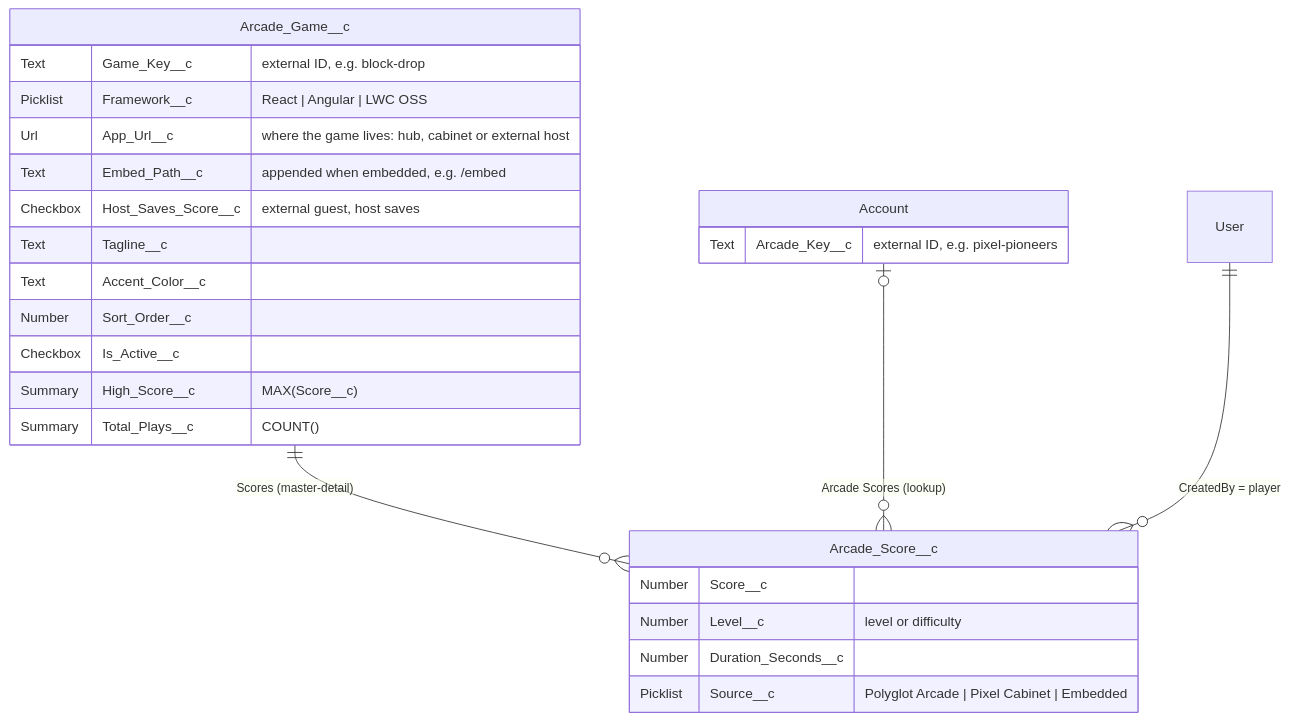
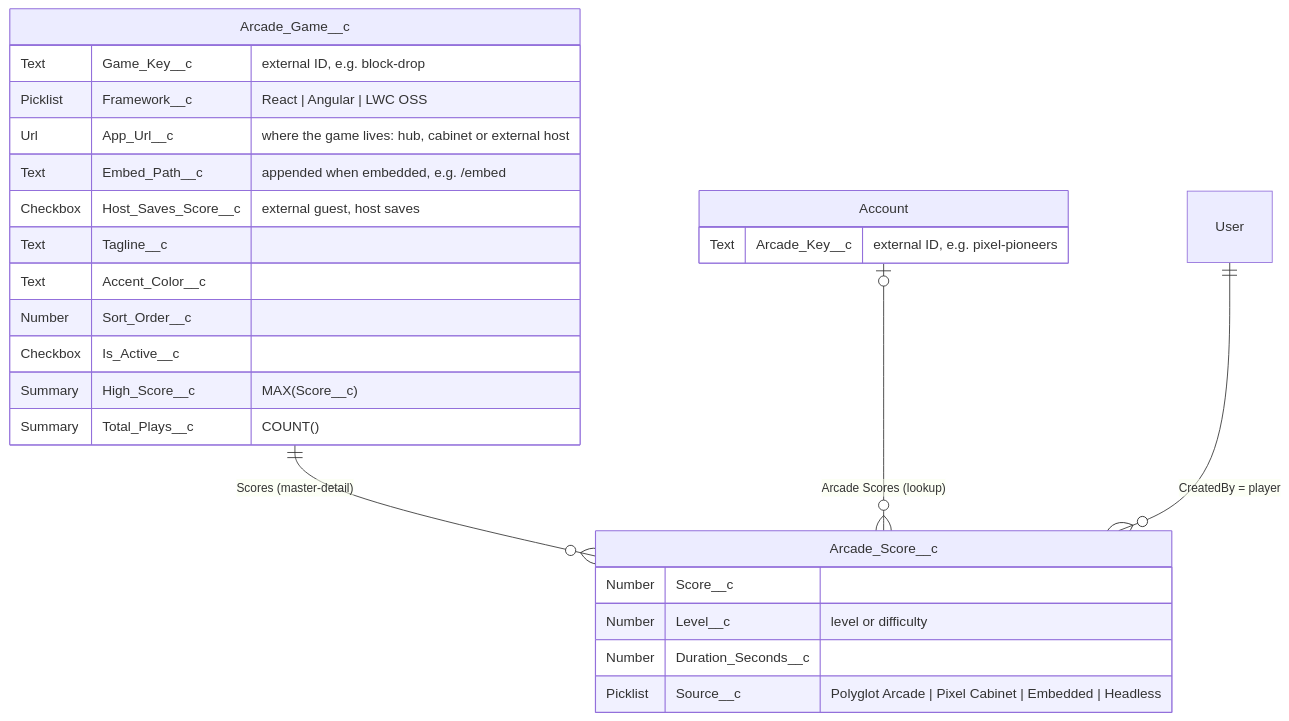
The diagram in docs/architecture/data-model.md (svierk/polyglot-arcade), drawn with Mermaid before and after one commit. The commit also changed other lines of this file and 61 other files, not shown here.

````diff
--- a/docs/architecture/data-model.md
+++ b/docs/architecture/data-model.md
@@ -9,28 +9,28 @@
 ```mermaid
 erDiagram
     Arcade_Game__c ||--o{ Arcade_Score__c : "Scores (master-detail)"
     Account |o--o{ Arcade_Score__c : "Arcade Scores (lookup)"
     User ||--o{ Arcade_Score__c : "CreatedBy = player"
     Arcade_Game__c {
         Text Game_Key__c "external ID, e.g. block-drop"
         Picklist Framework__c "React | Angular | LWC OSS"
         Url App_Url__c "where the game lives: hub, cabinet or external host"
         Text Embed_Path__c "appended when embedded, e.g. /embed"
         Checkbox Host_Saves_Score__c "external guest, host saves"
         Text Tagline__c
         Text Accent_Color__c
         Number Sort_Order__c
         Checkbox Is_Active__c
         Summary High_Score__c "MAX(Score__c)"
         Summary Total_Plays__c "COUNT()"
     }
     Arcade_Score__c {
         Number Score__c
         Number Level__c "level or difficulty"
         Number Duration_Seconds__c
-        Picklist Source__c "Polyglot Arcade | Pixel Cabinet | Embedded"
+        Picklist Source__c "Polyglot Arcade | Pixel Cabinet | Embedded | Headless"
     }
     Account {
         Text Arcade_Key__c "external ID, e.g. pixel-pioneers"
     }
 ```
````
